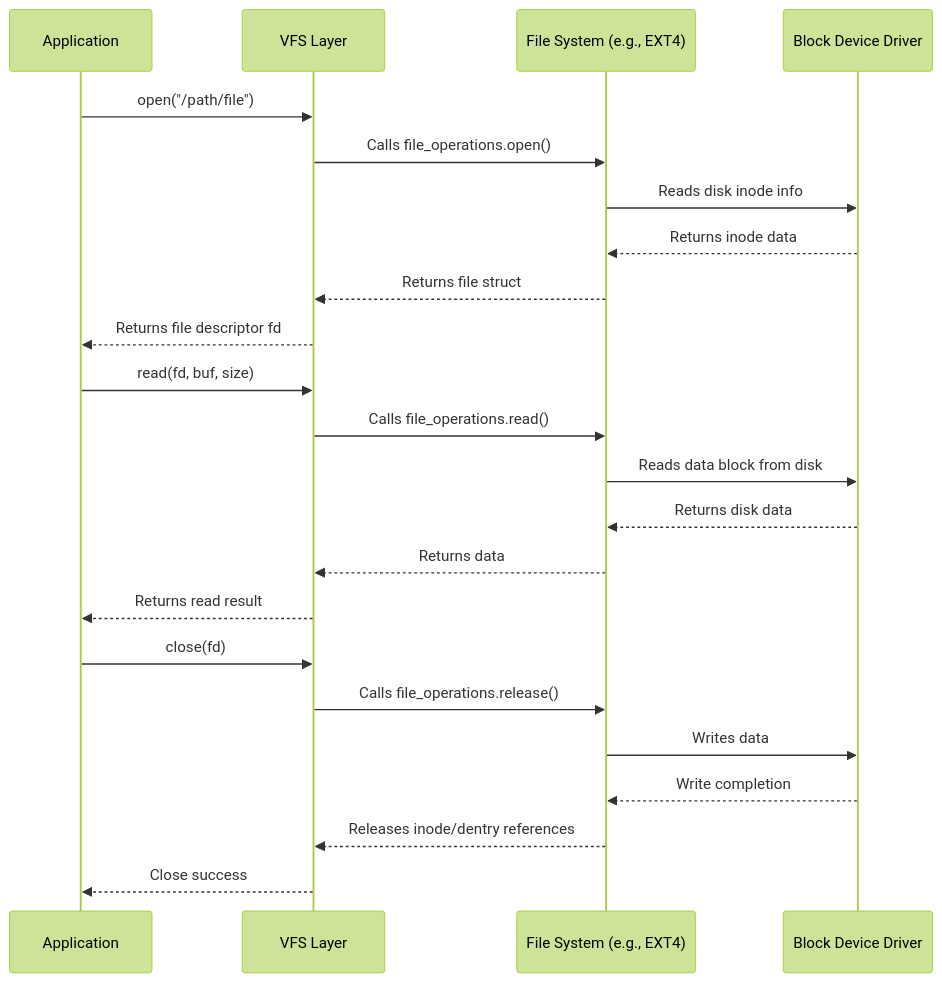
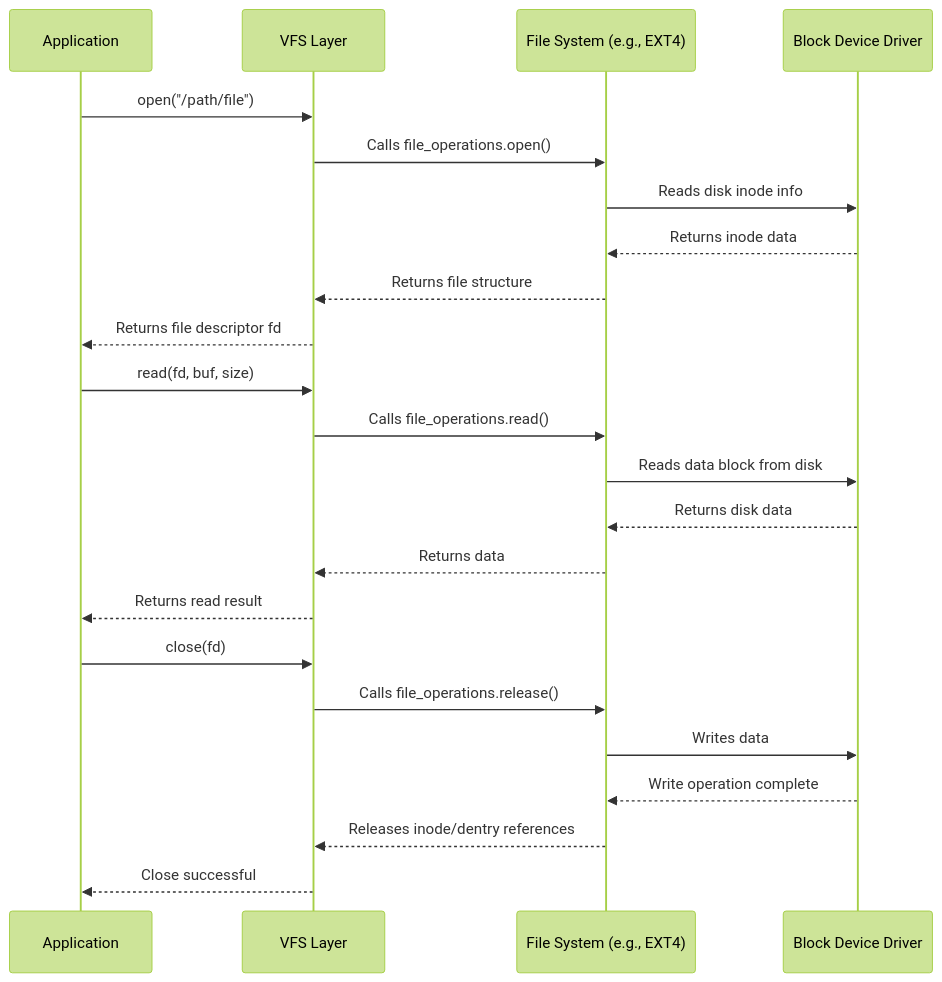
The first of 5 diagrams in project/libfuse-fs/docs/tech.md (rk8s-dev/rk8s), drawn with Mermaid (forest theme) before and after one commit. The commit also changed other lines of this file and 3 other files, not shown here.

Commit message:
docs: add VFS and FUSE diagrams to tech documentation

````diff
--- a/project/libfuse-fs/docs/tech.md
+++ b/project/libfuse-fs/docs/tech.md
@@ -109,30 +105,30 @@
 ```mermaid  
 sequenceDiagram  
     participant App as Application  
     participant VFS as VFS Layer  
     participant FS as File System (e.g., EXT4)  
     participant Driver as Block Device Driver  
 
     App->>VFS: open("/path/file")  
     VFS->>FS: Calls file_operations.open()  
     FS->>Driver: Reads disk inode info  
     Driver-->>FS: Returns inode data  
-    FS-->>VFS: Returns file struct  
+    FS-->>VFS: Returns file structure  
     VFS-->>App: Returns file descriptor fd  
 
     App->>VFS: read(fd, buf, size)  
     VFS->>FS: Calls file_operations.read()  
 
     FS->>Driver: Reads data block from disk  
     Driver-->>FS: Returns disk data  
     FS-->>VFS: Returns data  
 
     VFS-->>App: Returns read result  
 
     App->>VFS: close(fd)  
     VFS->>FS: Calls file_operations.release()  
     FS->>Driver: Writes data  
-    Driver-->>FS: Write completion  
+    Driver-->>FS: Write operation complete  
     FS-->>VFS: Releases inode/dentry references  
-    VFS-->>App: Close success  
+    VFS-->>App: Close successful  
 ```  
````
